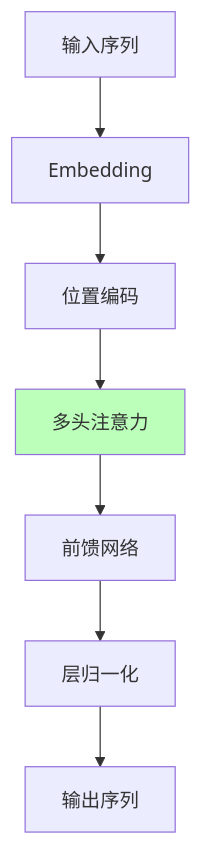
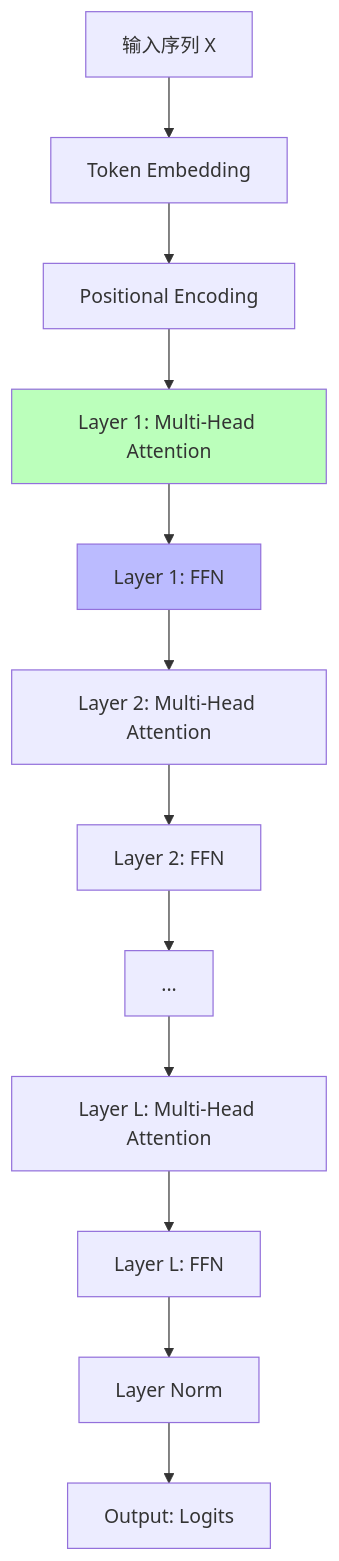
Before and after one commit to AdaMartin18010/FormalAI: the second of 3 diagrams in concepts/03-Scaling Law与收敛分析/03.2.2-架构层收敛.md, drawn with Mermaid. The commit also changed other lines of this file and 126 other files, not shown here.

````diff
--- a/concepts/03-Scaling Law与收敛分析/03.2.2-架构层收敛.md
+++ b/concepts/03-Scaling Law与收敛分析/03.2.2-架构层收敛.md
@@ -94,11 +130,17 @@
 ```mermaid
 graph TB
-    A[输入序列] --> B[Embedding]
-    B --> C[位置编码]
-    C --> D[多头注意力]
-    D --> E[前馈网络]
-    E --> F[层归一化]
-    F --> G[输出序列]
+    A[输入序列 X] --> B[Token Embedding]
+    B --> C[Positional Encoding]
+    C --> D[Layer 1: Multi-Head Attention]
+    D --> E[Layer 1: FFN]
+    E --> F[Layer 2: Multi-Head Attention]
+    F --> G[Layer 2: FFN]
+    G --> H[...]
+    H --> I[Layer L: Multi-Head Attention]
+    I --> J[Layer L: FFN]
+    J --> K[Layer Norm]
+    K --> L[Output: Logits]
 
     style D fill:#bfb
+    style E fill:#bbf
 ```
````
